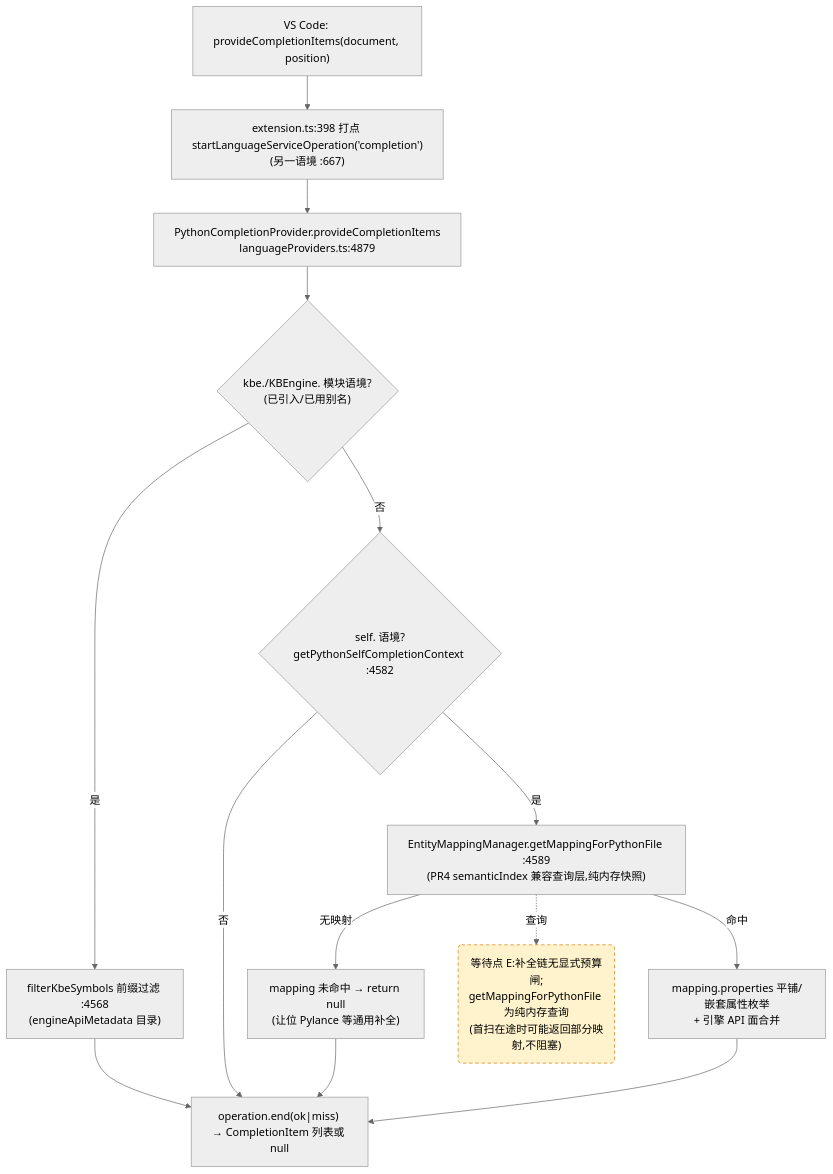
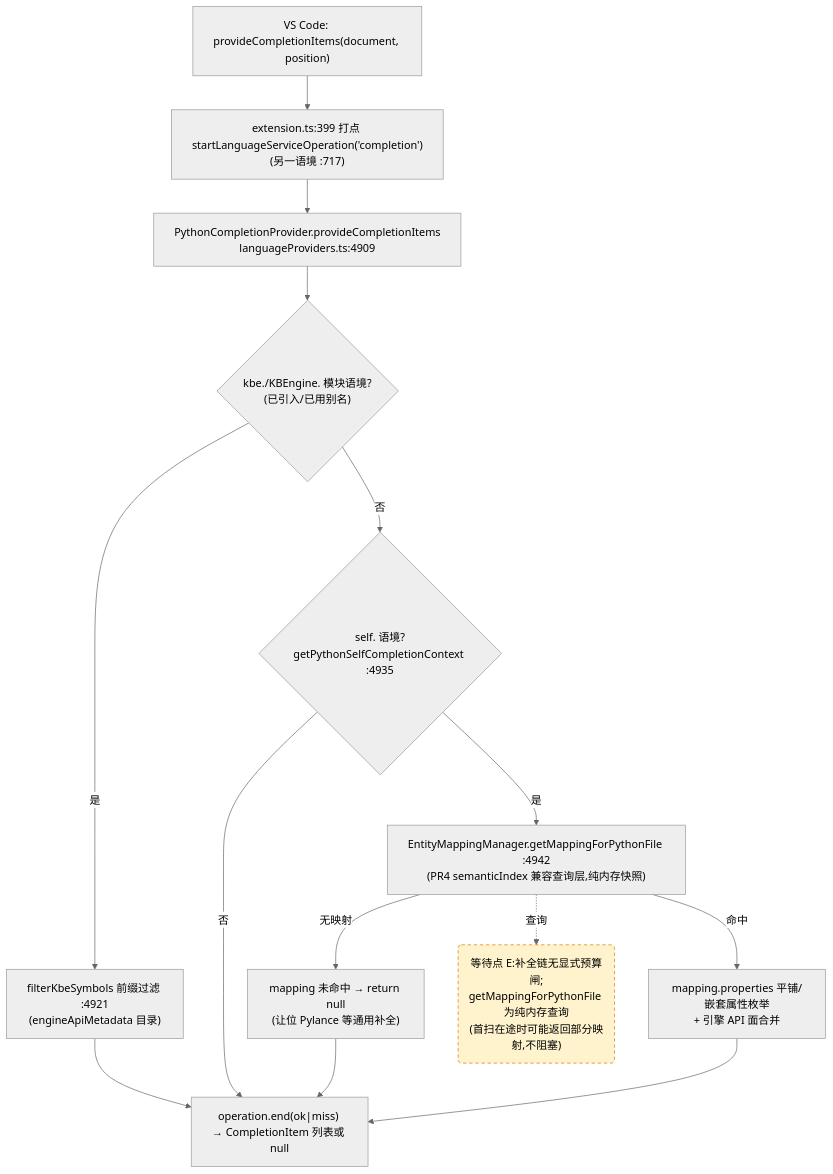
One commit to cuihairu/kode changed the third of 4 diagrams in docs/perf/2026-baseline.md. Above: the diagram before and after it, drawn with Mermaid (neutral theme). The commit also changed other lines of this file and 1 other file, not shown here.

````diff
--- a/docs/perf/2026-baseline.md
+++ b/docs/perf/2026-baseline.md
@@ -182,27 +182,27 @@
 ```mermaid
 flowchart TD
   VC3["VS Code: provideCompletionItems(document, position)"]
-  M3["extension.ts:398 打点 startLanguageServiceOperation('completion')<br/>(另一语境 :667)"]
-  CP["PythonCompletionProvider.provideCompletionItems<br/>languageProviders.ts:4879"]
+  M3["extension.ts:399 打点 startLanguageServiceOperation('completion')<br/>(另一语境 :717)"]
+  CP["PythonCompletionProvider.provideCompletionItems<br/>languageProviders.ts:4909"]
   KBEC{"kbe./KBEngine. 模块语境?<br/>(已引入/已用别名)"}
-  FILTER["filterKbeSymbols 前缀过滤 :4568<br/>(engineApiMetadata 目录)"]
-  SELFC{"self. 语境?<br/>getPythonSelfCompletionContext :4582"}
-  MAP["EntityMappingManager.getMappingForPythonFile :4589<br/>(PR4 semanticIndex 兼容查询层,纯内存快照)"]
+  FILTER["filterKbeSymbols 前缀过滤 :4921<br/>(engineApiMetadata 目录)"]
+  SELFC{"self. 语境?<br/>getPythonSelfCompletionContext :4935"}
+  MAP["EntityMappingManager.getMappingForPythonFile :4942<br/>(PR4 semanticIndex 兼容查询层,纯内存快照)"]
   NOMAP["mapping 未命中 → return null<br/>(让位 Pylance 等通用补全)"]
   PROPS["mapping.properties 平铺/嵌套属性枚举<br/>+ 引擎 API 面合并"]
   END3["operation.end(ok|miss) → CompletionItem 列表或 null"]
 
   VC3 --> M3 --> CP --> KBEC
   KBEC -- "是" --> FILTER --> END3
   KBEC -- "否" --> SELFC
   SELFC -- "否" --> END3
   SELFC -- "是" --> MAP
   MAP -- "无映射" --> NOMAP --> END3
   MAP -- "命中" --> PROPS --> END3
 
   WAITE("等待点 E:补全链无显式预算闸;<br/>getMappingForPythonFile 为纯内存查询<br/>(首扫在途时可能返回部分映射,不阻塞)")
   MAP -.->|查询| WAITE
 
   classDef waitPoint fill:#fff3cd,stroke:#d97706,stroke-dasharray:5 4;
   class WAITE waitPoint;
 ```
````
